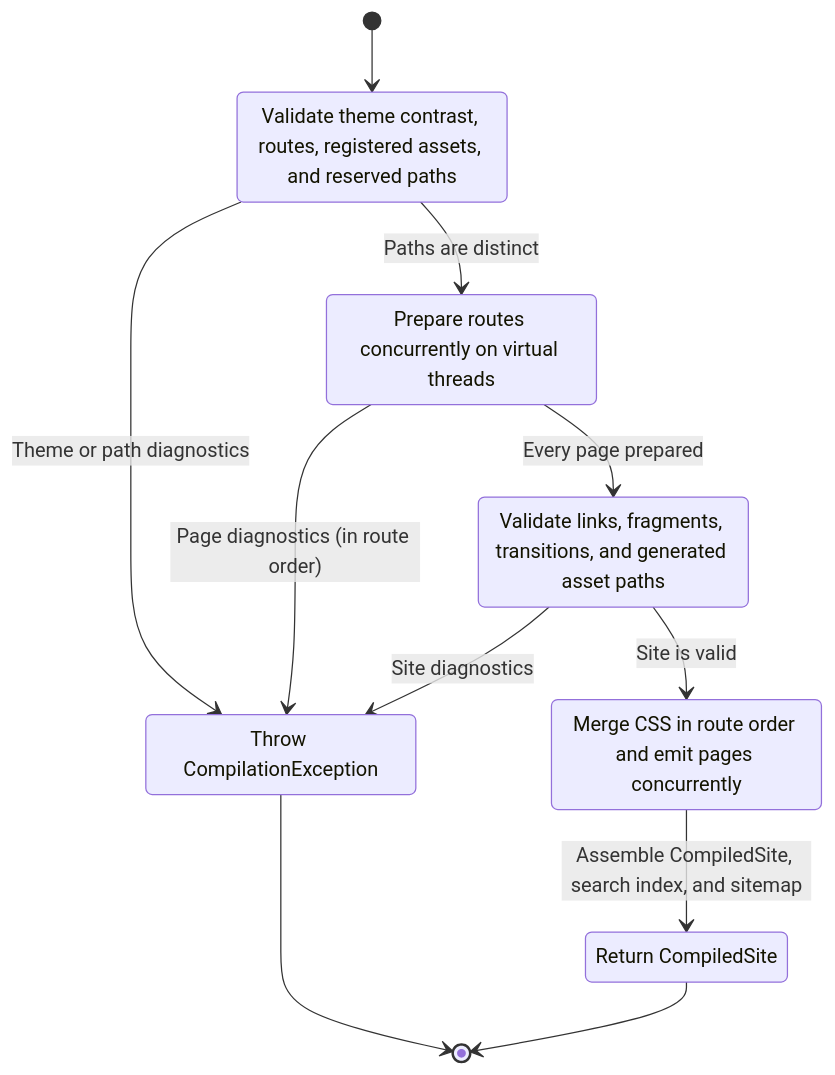
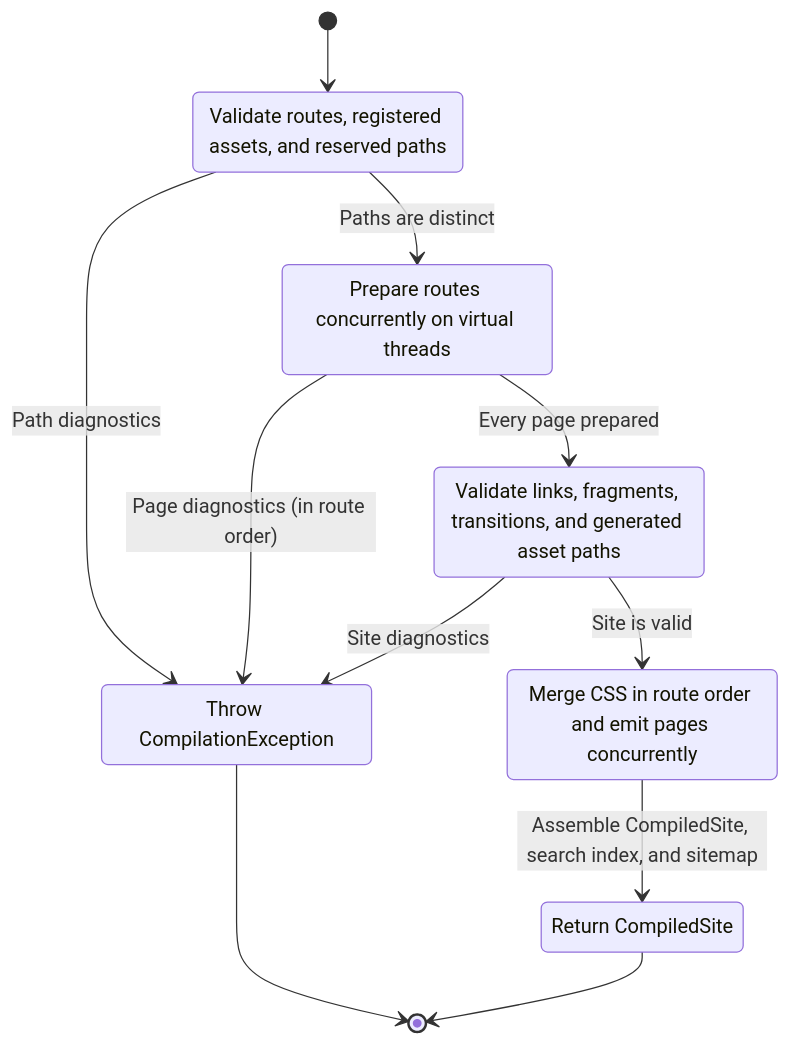
The second of 2 diagrams in docs/compiler.md (thiagogcm/tessera), drawn with Mermaid before and after one commit. The commit also changed other lines of this file and 23 other files, not shown here.

````diff
--- a/docs/compiler.md
+++ b/docs/compiler.md
@@ -66,21 +66,21 @@
 ```mermaid
 stateDiagram-v2
     accTitle: Site compilation stages
-    accDescr: SiteCompiler checks theme contrast and route and file paths, prepares routes concurrently, runs cross-route validation, and emits pages and site artifacts. Any authoring diagnostics transition to Rejected.
+    accDescr: SiteCompiler checks route and file paths, prepares routes concurrently, runs cross-route validation, and emits pages and site artifacts. Any authoring diagnostics transition to Rejected.
     [*] --> CheckingPaths
-    CheckingPaths: Validate theme contrast, routes, registered assets, and reserved paths
-    CheckingPaths --> Rejected: Theme or path diagnostics
+    CheckingPaths: Validate routes, registered assets, and reserved paths
+    CheckingPaths --> Rejected: Path diagnostics
     CheckingPaths --> Preparing: Paths are distinct
     Preparing: Prepare routes concurrently on virtual threads
     Preparing --> Rejected: Page diagnostics (in route order)
     Preparing --> Validating: Every page prepared
     Validating: Validate links, fragments, transitions, and generated asset paths
     Validating --> Rejected: Site diagnostics
     Validating --> Emitting: Site is valid
     Emitting: Merge CSS in route order and emit pages concurrently
     Emitting --> Compiled: Assemble CompiledSite, search index, and sitemap
     Rejected: Throw CompilationException
     Rejected --> [*]
     Compiled: Return CompiledSite
     Compiled --> [*]
 ```
````
